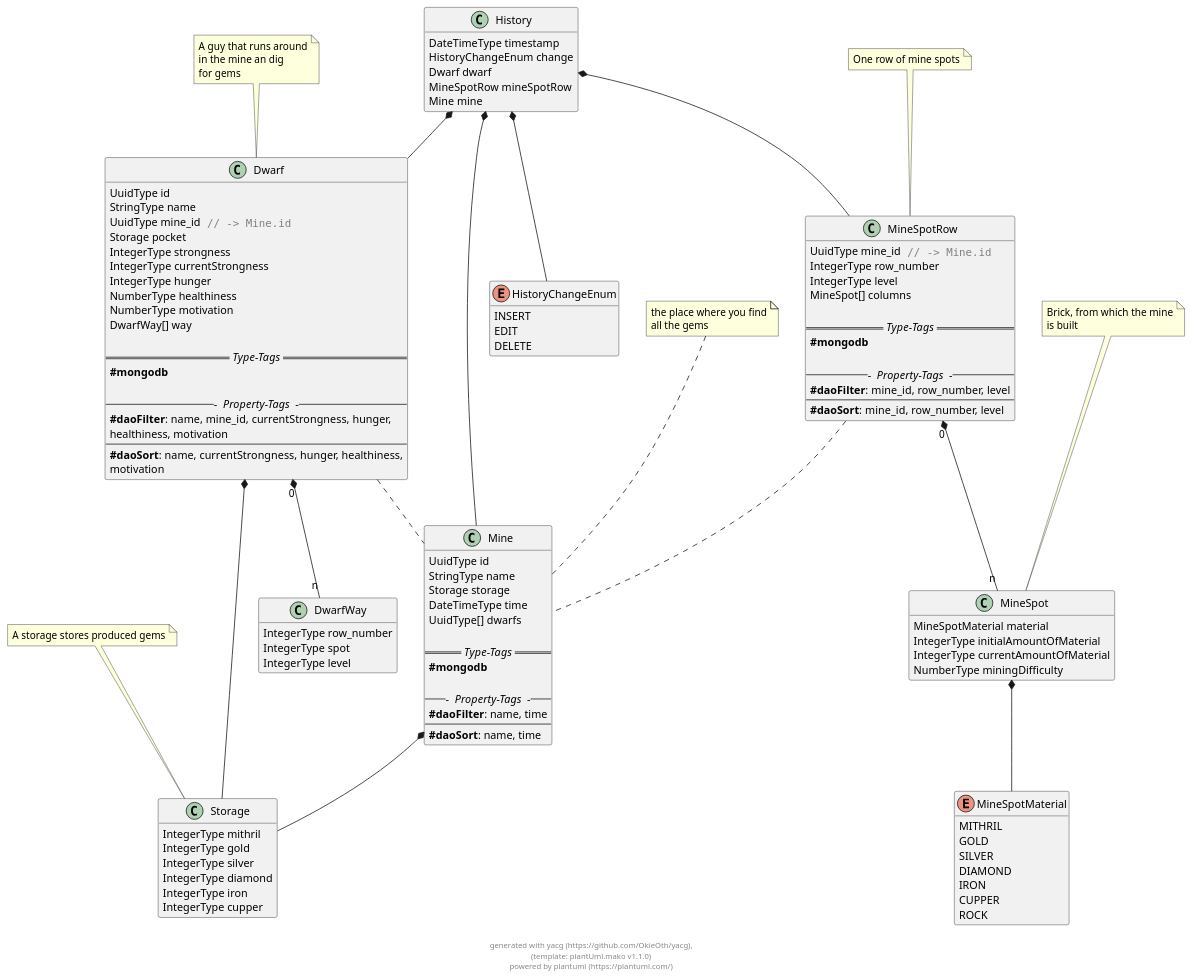
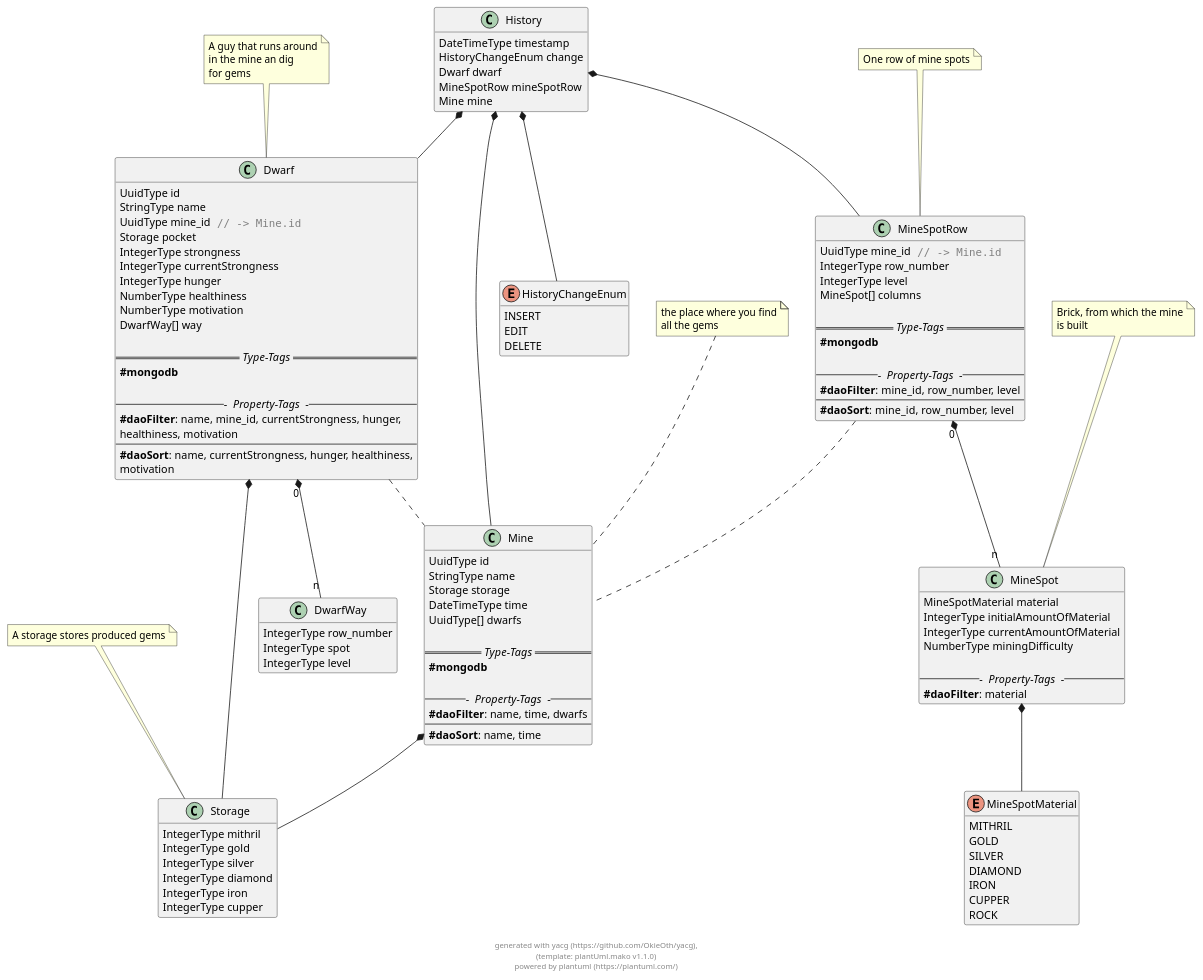
The diagram in docs/generated/nibelheim.puml (OkieOth/nibelheim_ts), drawn with PlantUML before and after one commit. The commit also changed 8 other files, not shown here.

```diff
--- a/docs/generated/nibelheim.puml
+++ b/docs/generated/nibelheim.puml
@@ -2,193 +2,195 @@
 @startuml
 hide empty methods
 
 class Mine {
         UuidType id
         StringType name
         Storage storage
         DateTimeType time
         UuidType[] dwarfs
 
         == // Type-Tags // ==
         **#mongodb**
         
         --- // Property-Tags // ---
-        **#daoFilter**: name, time
+        **#daoFilter**: name, time, dwarfs
         --
         **#daoSort**: name, time
 }
 
 note top: the place where you find\nall the gems
 
 class Storage {
         IntegerType mithril
         IntegerType gold
         IntegerType silver
         IntegerType diamond
         IntegerType iron
         IntegerType cupper
         
 }
 
 note top: A storage stores produced gems
 
 enum MineSpotMaterial {
     MITHRIL
     GOLD
     SILVER
     DIAMOND
     IRON
     CUPPER
     ROCK
 }
 
 
 class MineSpot {
         MineSpotMaterial material
         IntegerType initialAmountOfMaterial
         IntegerType currentAmountOfMaterial
         NumberType miningDifficulty
         
+        --- // Property-Tags // ---
+        **#daoFilter**: material
 }
 
 note top: Brick, from which the mine\nis built
 
 class MineSpotRow {
         UuidType mine_id<color:grey>"" // -> Mine.id""</color>
         IntegerType row_number
         IntegerType level
         MineSpot[] columns
 
         == // Type-Tags // ==
         **#mongodb**
         
         --- // Property-Tags // ---
         **#daoFilter**: mine_id, row_number, level
         --
         **#daoSort**: mine_id, row_number, level
 }
 
 note top: One row of mine spots
 
 class Dwarf {
         UuidType id
         StringType name
         UuidType mine_id<color:grey>"" // -> Mine.id""</color>
         Storage pocket
         IntegerType strongness
         IntegerType currentStrongness
         IntegerType hunger
         NumberType healthiness
         NumberType motivation
         DwarfWay[] way
 
         == // Type-Tags // ==
         **#mongodb**
         
         --- // Property-Tags // ---
         **#daoFilter**: name, mine_id, currentStrongness, hunger, 
 healthiness, motivation
         --
         **#daoSort**: name, currentStrongness, hunger, healthiness, 
 motivation
 }
 
 note top: A guy that runs around\nin the mine an dig\nfor gems
 
 class DwarfWay {
         IntegerType row_number
         IntegerType spot
         IntegerType level
         
 }
 
 
 class History {
         DateTimeType timestamp
         HistoryChangeEnum change
         Dwarf dwarf
         MineSpotRow mineSpotRow
         Mine mine
         
 }
 
 
 enum HistoryChangeEnum {
     INSERT
     EDIT
     DELETE
 }
 
 
 
     
 
 
 Mine  *--  Storage
             
 
 
 
     
 
 
 
 
 
 
     
     
 MineSpot  *--  MineSpotMaterial
             
 
 
 
 
     
 
 MineSpotRow .. Mine
             
 
 
 MineSpotRow "0" *-- "n" MineSpot
             
 
     
 
 
 
 Dwarf .. Mine
             
 Dwarf  *--  Storage
             
 
 
 
 
 
 
 Dwarf "0" *-- "n" DwarfWay
             
 
     
 
 
 
     
 
 History  *--  HistoryChangeEnum
             
 
 History  *--  Dwarf
             
 
 History  *--  MineSpotRow
             
 
 History  *--  Mine
             
 
     
 
 footer \ngenerated with yacg (https://github.com/OkieOth/yacg),\n(template: plantUml.mako v1.1.0)\npowered by plantuml (https://plantuml.com/)
 @enduml
```
